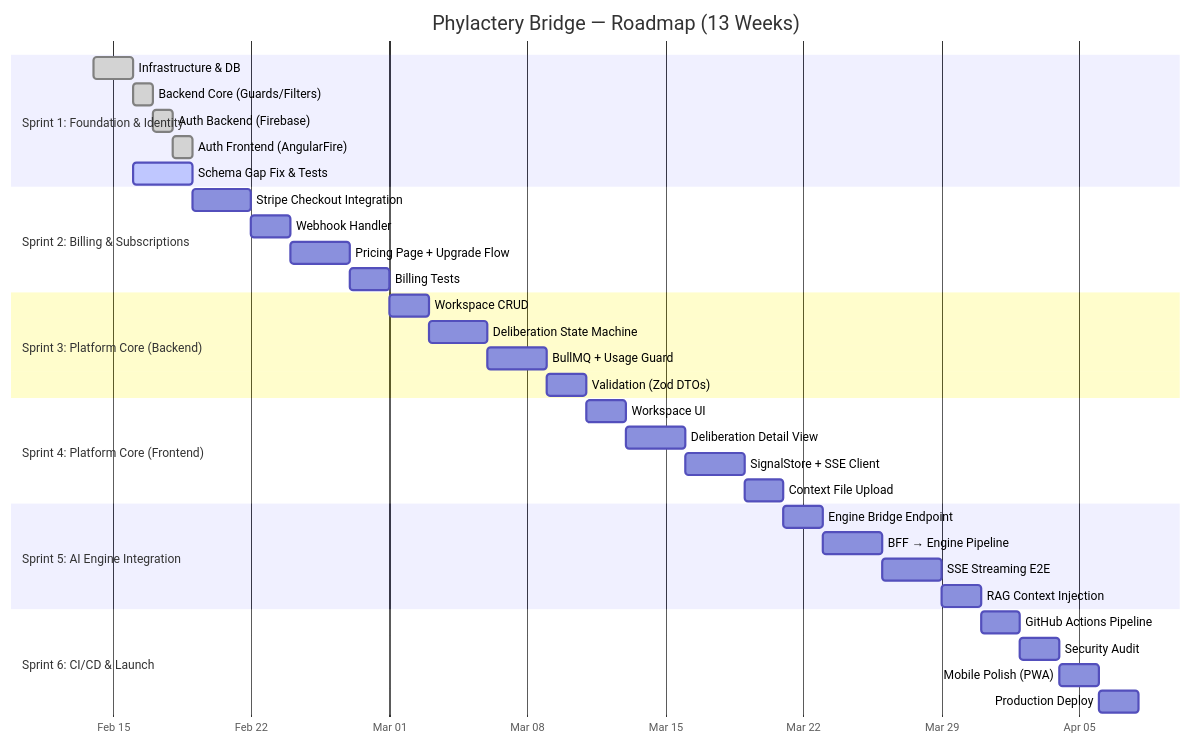
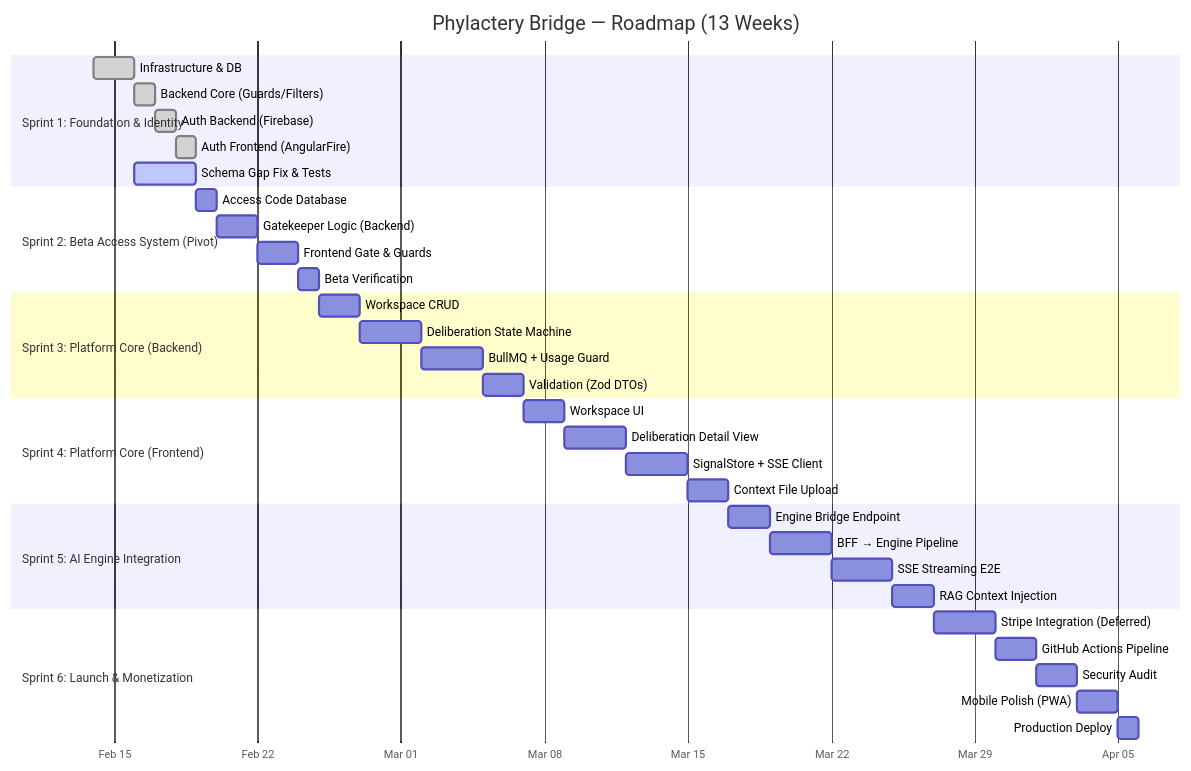
The diagram in LICH_SPRINT1_ANALYSIS.md (crozzbite/Phylactery-Bridge), drawn with Mermaid before and after one commit. The commit also changed other lines of this file and 47 other files, not shown here.

Commit message:
feat(beta): implement beta access system (sprint 2 pivot)

````diff
--- a/LICH_SPRINT1_ANALYSIS.md
+++ b/LICH_SPRINT1_ANALYSIS.md
@@ -121,43 +121,44 @@
 ```mermaid
 gantt
     title Phylactery Bridge — Roadmap (13 Weeks)
     dateFormat YYYY-MM-DD
     axisFormat %b %d
 
     section Sprint 1: Foundation & Identity
     Infrastructure & DB          :done,    s1a, 2026-02-14, 2d
     Backend Core (Guards/Filters):done,    s1b, after s1a, 1d
     Auth Backend (Firebase)      :done,    s1c, after s1b, 1d
     Auth Frontend (AngularFire)  :done,    s1d, after s1c, 1d
     Schema Gap Fix & Tests       :active,  s1e, 2026-02-16, 3d
 
-    section Sprint 2: Billing & Subscriptions
-    Stripe Checkout Integration  :         s2a, after s1e, 3d
-    Webhook Handler              :         s2b, after s2a, 2d
-    Pricing Page + Upgrade Flow  :         s2c, after s2b, 3d
-    Billing Tests                :         s2d, after s2c, 2d
+    section Sprint 2: Beta Access System (Pivot)
+    Access Code Database        :         s2a, after s1e, 1d
+    Gatekeeper Logic (Backend)   :         s2b, after s2a, 2d
+    Frontend Gate & Guards       :         s2c, after s2b, 2d
+    Beta Verification            :         s2d, after s2c, 1d
 
     section Sprint 3: Platform Core (Backend)
     Workspace CRUD               :         s3a, after s2d, 2d
     Deliberation State Machine   :         s3b, after s3a, 3d
     BullMQ + Usage Guard         :         s3c, after s3b, 3d
     Validation (Zod DTOs)        :         s3d, after s3c, 2d
 
     section Sprint 4: Platform Core (Frontend)
     Workspace UI                 :         s4a, after s3d, 2d
     Deliberation Detail View     :         s4b, after s4a, 3d
     SignalStore + SSE Client     :         s4c, after s4b, 3d
     Context File Upload          :         s4d, after s4c, 2d
 
     section Sprint 5: AI Engine Integration
     Engine Bridge Endpoint       :         s5a, after s4d, 2d
     BFF → Engine Pipeline        :         s5b, after s5a, 3d
     SSE Streaming E2E            :         s5c, after s5b, 3d
     RAG Context Injection        :         s5d, after s5c, 2d
 
-    section Sprint 6: CI/CD & Launch
-    GitHub Actions Pipeline      :         s6a, after s5d, 2d
-    Security Audit               :         s6b, after s6a, 2d
-    Mobile Polish (PWA)          :         s6c, after s6b, 2d
-    Production Deploy            :         s6d, after s6c, 2d
+    section Sprint 6: Launch & Monetization
+    Stripe Integration (Deferred):         s6a, after s5d, 3d
+    GitHub Actions Pipeline      :         s6b, after s6a, 2d
+    Security Audit               :         s6c, after s6b, 2d
+    Mobile Polish (PWA)          :         s6d, after s6c, 2d
+    Production Deploy            :         s6e, after s6d, 1d
 ```
````
